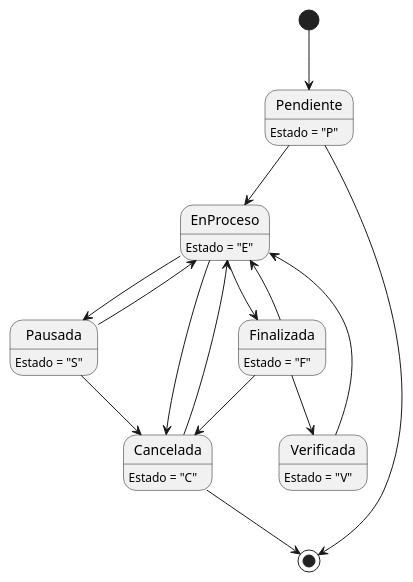
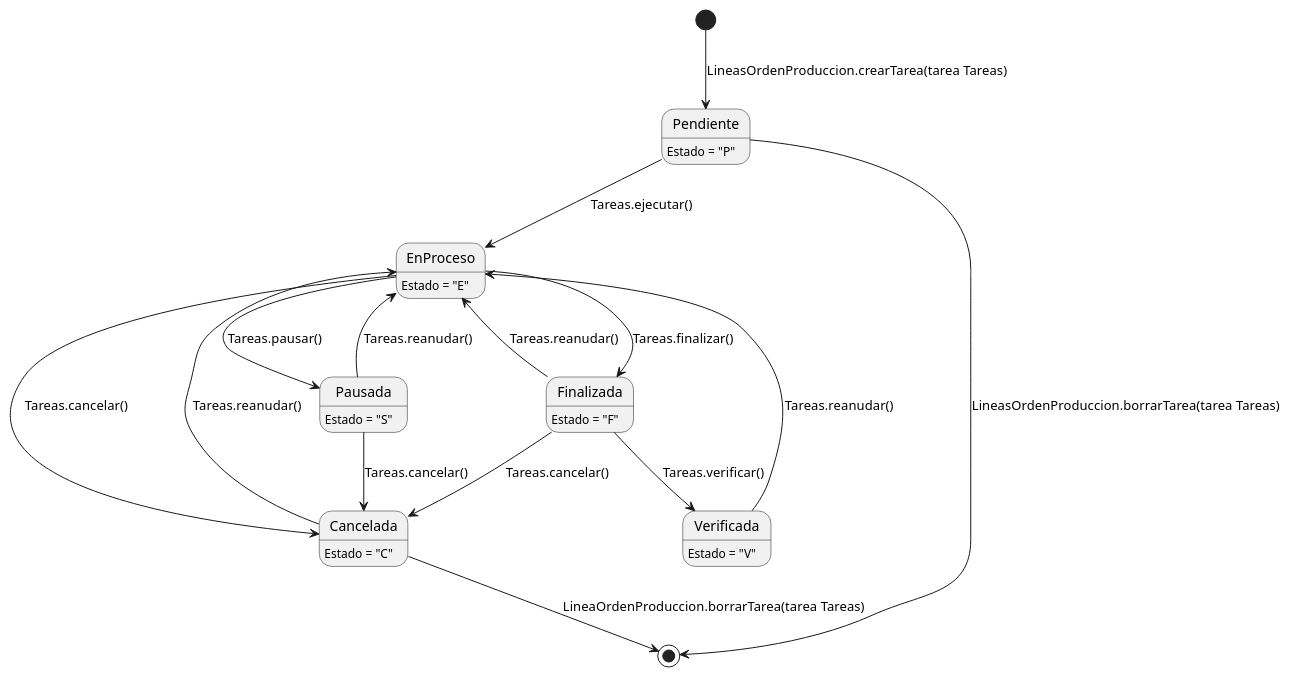
One commit to ZMGestion/DocumentacionZMGestion changed the second of 7 diagrams in DiagramasEstado/DiagramaDeEstado.puml. Above: the diagram before and after it, drawn with PlantUML. The commit also changed other lines of this file and 4 other files, not shown here.

Commit message:
Metodos en Diagrama de estados

```diff
--- a/DiagramasEstado/DiagramaDeEstado.puml
+++ b/DiagramasEstado/DiagramaDeEstado.puml
@@ -13,24 +13,25 @@
 @startuml tareas
 Pendiente: Estado = "P"
 EnProceso: Estado = "E"
 Finalizada: Estado = "F"
 Pausada: Estado = "S"
 Cancelada: Estado = "C"
 Verificada: Estado = "V"
 
-[*] --> Pendiente
-Pendiente --> [*]
-Cancelada --> [*]
-Pendiente --> EnProceso
-EnProceso --> Cancelada
-EnProceso --> Finalizada
-EnProceso --> Pausada
-Finalizada --> EnProceso
-Pausada --> EnProceso
-Pausada --> Cancelada
-Cancelada --> EnProceso
-Finalizada --> Cancelada
-Finalizada --> Verificada
-Verificada --> EnProceso
+
+[*] --> Pendiente: LineasOrdenProduccion.crearTarea(tarea Tareas)
+Pendiente --> [*]: LineasOrdenProduccion.borrarTarea(tarea Tareas)
+Cancelada --> [*]: LineaOrdenProduccion.borrarTarea(tarea Tareas)
+Pendiente --> EnProceso: Tareas.ejecutar()
+EnProceso --> Cancelada: Tareas.cancelar()
+EnProceso --> Finalizada: Tareas.finalizar()
+EnProceso --> Pausada: Tareas.pausar()
+Finalizada --> EnProceso: Tareas.reanudar()
+Pausada --> EnProceso: Tareas.reanudar()
+Pausada --> Cancelada: Tareas.cancelar()
+Cancelada --> EnProceso: Tareas.reanudar()
+Finalizada --> Cancelada: Tareas.cancelar()
+Finalizada --> Verificada: Tareas.verificar()
+Verificada --> EnProceso: Tareas.reanudar()
 
 @enduml
```
